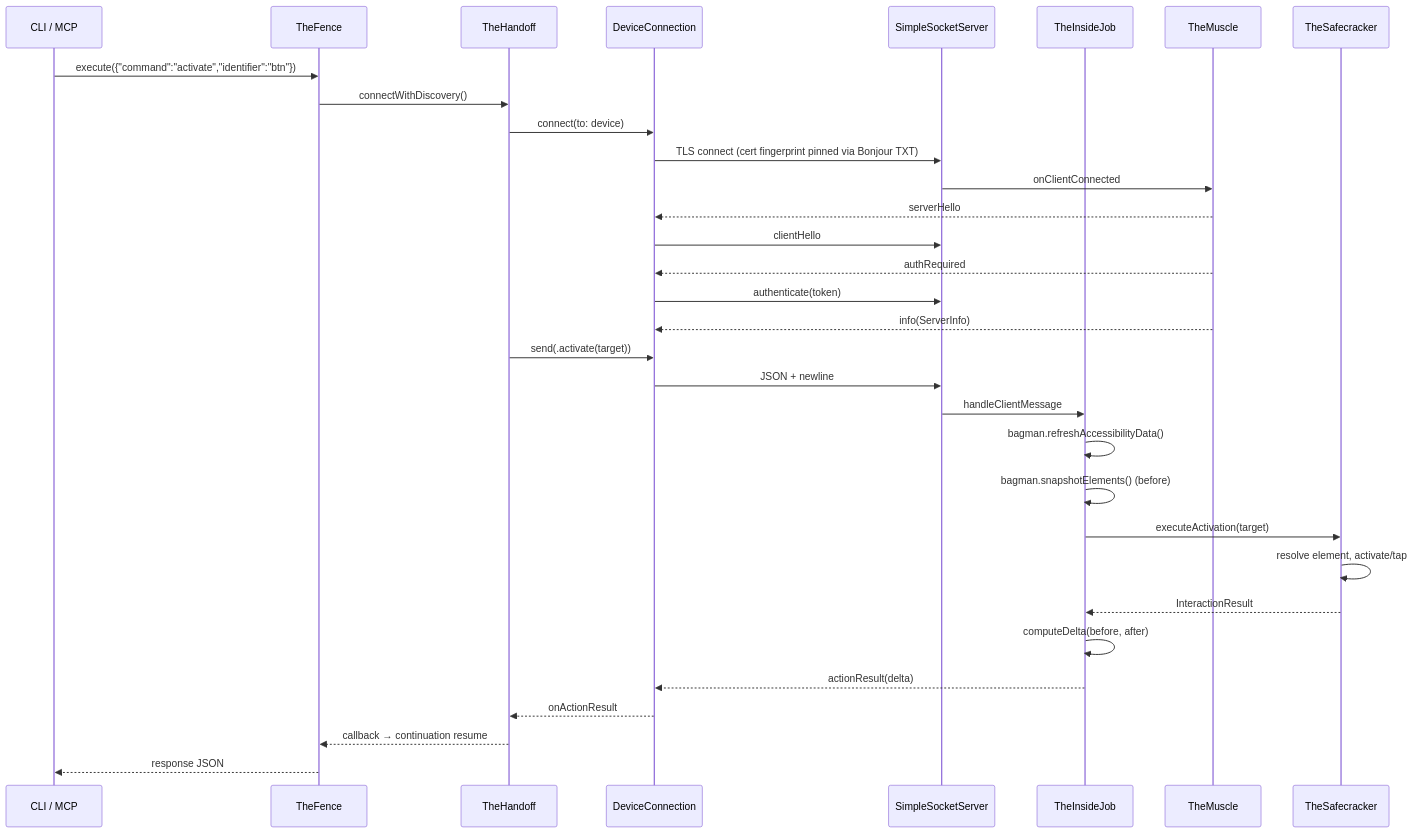
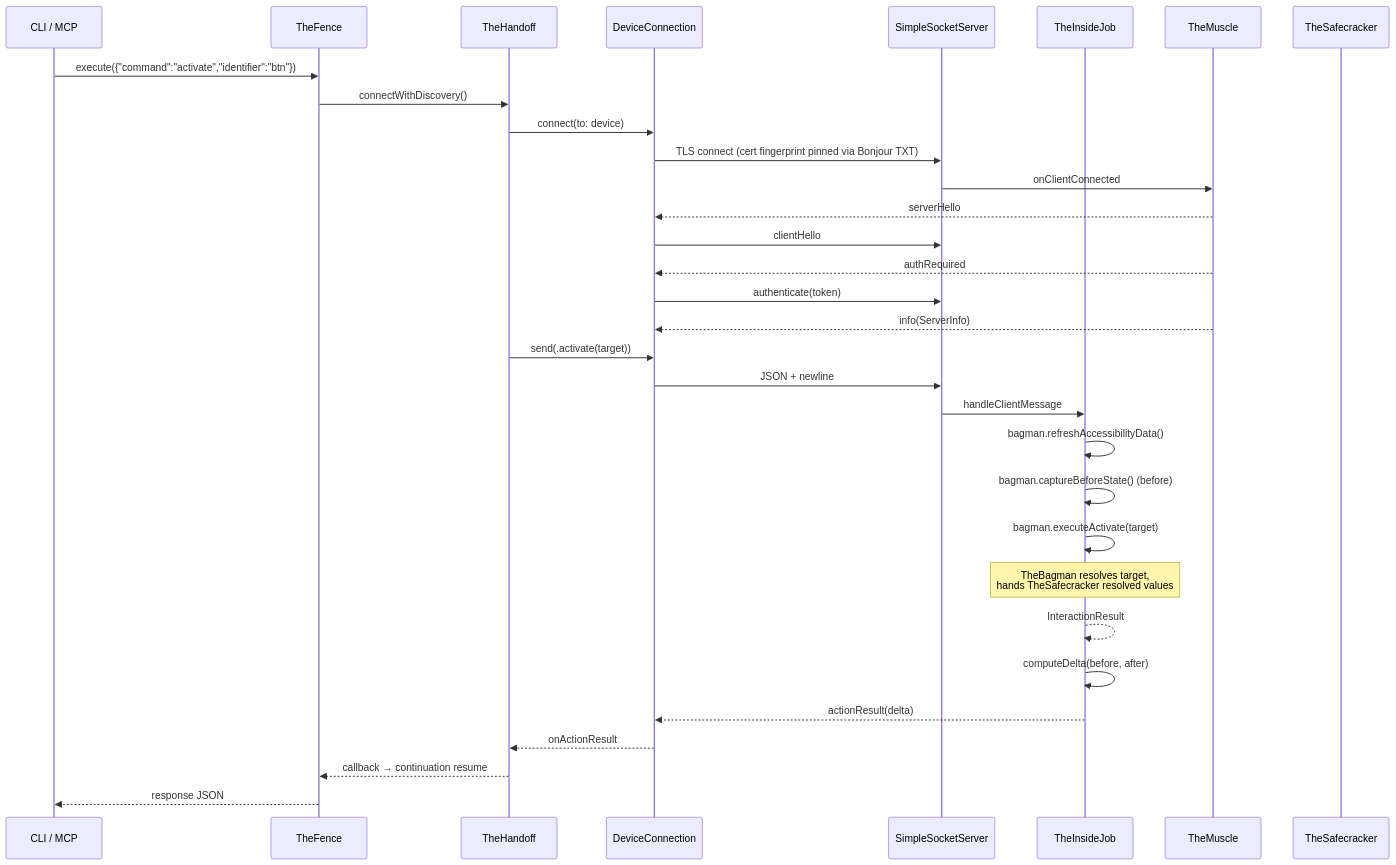
Before and after one commit to RoyalPineapple/TheButtonHeist: the second of 2 diagrams in docs/dossiers/00-OVERVIEW.md, drawn with Mermaid. The commit also changed other lines of this file and 23 other files, not shown here.

````diff
--- a/docs/dossiers/00-OVERVIEW.md
+++ b/docs/dossiers/00-OVERVIEW.md
@@ -67,35 +67,35 @@
 ```mermaid
 sequenceDiagram
     participant CLI as CLI / MCP
     participant TF as TheFence
     participant TH as TheHandoff
     participant DC as DeviceConnection
     participant SS as SimpleSocketServer
     participant IJ as TheInsideJob
     participant TM2 as TheMuscle
     participant TS as TheSafecracker
 
     CLI->>TF: execute({"command":"activate","identifier":"btn"})
     TF->>TH: connectWithDiscovery()
     TH->>DC: connect(to: device)
     DC->>SS: TLS connect (cert fingerprint pinned via Bonjour TXT)
     SS->>TM2: onClientConnected
     TM2-->>DC: serverHello
     DC->>SS: clientHello
     TM2-->>DC: authRequired
     DC->>SS: authenticate(token)
     TM2-->>DC: info(ServerInfo)
     TH->>DC: send(.activate(target))
     DC->>SS: JSON + newline
     SS->>IJ: handleClientMessage
     IJ->>IJ: bagman.refreshAccessibilityData()
-    IJ->>IJ: bagman.snapshotElements() (before)
-    IJ->>TS: executeActivation(target)
-    TS->>TS: resolve element, activate/tap
-    TS-->>IJ: InteractionResult
+    IJ->>IJ: bagman.captureBeforeState() (before)
+    IJ->>IJ: bagman.executeActivate(target)
+    Note over IJ: TheBagman resolves target,<br/>hands TheSafecracker resolved values
+    IJ-->>IJ: InteractionResult
     IJ->>IJ: computeDelta(before, after)
     IJ-->>DC: actionResult(delta)
     DC-->>TH: onActionResult
     TH-->>TF: callback → continuation resume
     TF-->>CLI: response JSON
 ```
````
